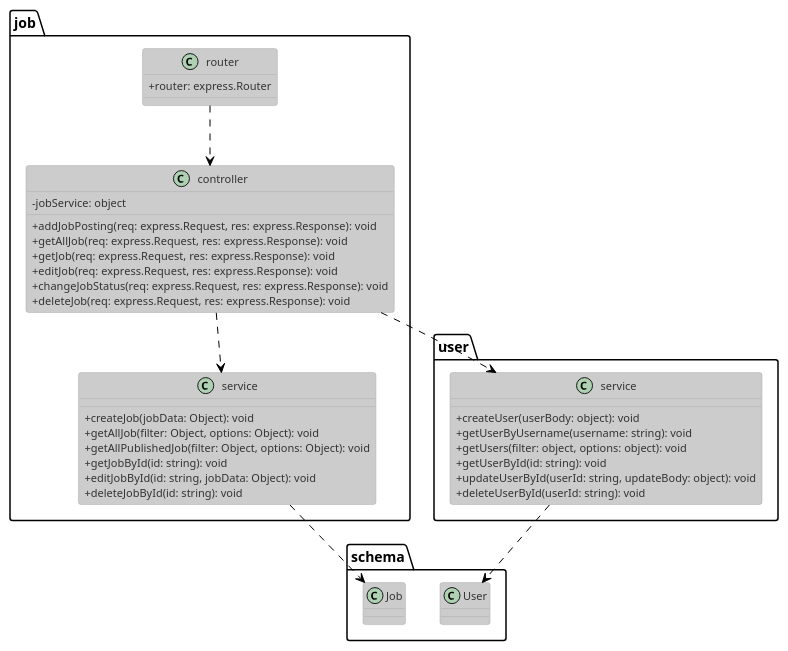
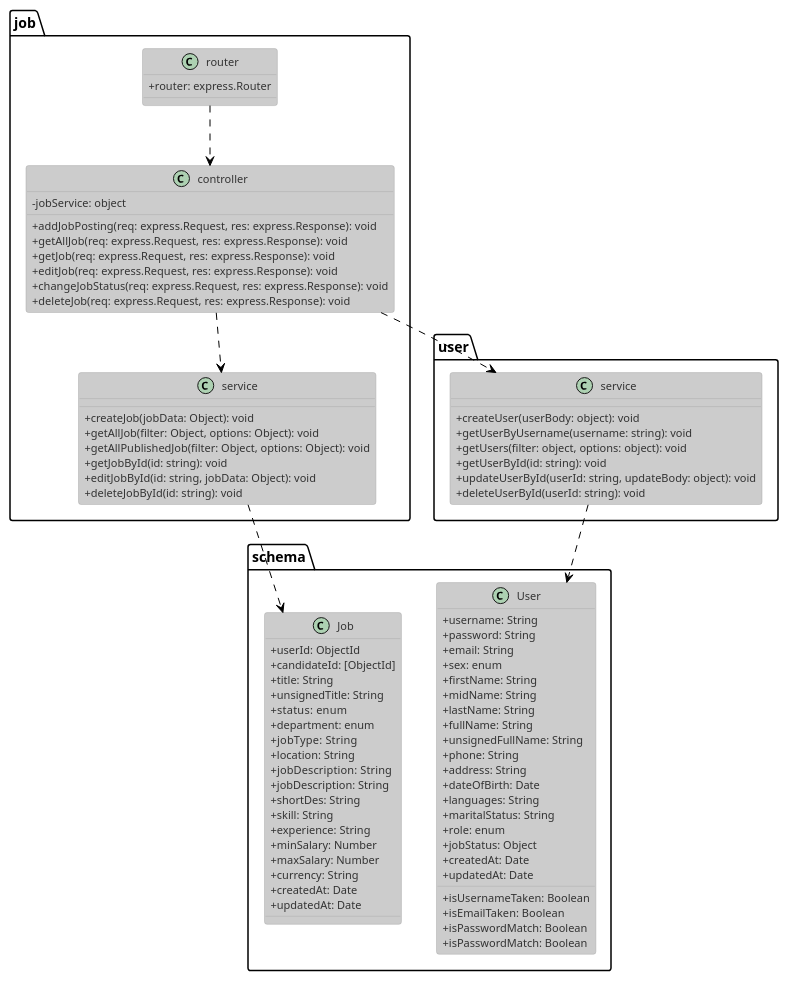
One commit to tuannm99/RMS changed the diagram in plantuml/class/job.puml. Above: the diagram before and after it, drawn with PlantUML. The commit also changed 8 other files, not shown here.

```diff
--- a/plantuml/class/job.puml
+++ b/plantuml/class/job.puml
@@ -1,52 +1,91 @@
 @startuml authClass
 !theme reddress-lightblue
 
 skinparam classAttributeIconSize 0
 class job.controller{
     - {field} jobService: object
 
     + {method} addJobPosting(req: express.Request, res: express.Response): void
     + {method} getAllJob(req: express.Request, res: express.Response): void
     + {method} getJob(req: express.Request, res: express.Response): void
     + {method} editJob(req: express.Request, res: express.Response): void
     + {method} changeJobStatus(req: express.Request, res: express.Response): void
     + {method} deleteJob(req: express.Request, res: express.Response): void
 }
 
 class job.service{
     + {method} createJob(jobData: Object): void
     + {method} getAllJob(filter: Object, options: Object): void
     + {method} getAllPublishedJob(filter: Object, options: Object): void
     + {method} getJobById(id: string): void
     + {method} editJobById(id: string, jobData: Object): void
     + {method} deleteJobById(id: string): void
 }
 
 class job.router{
     + {field} router: express.Router
 }
 
 class user.service{
   + {method} createUser(userBody: object): void
   + {method} getUserByUsername(username: string): void
   + {method} getUsers(filter: object, options: object): void
   + {method} getUserById(id: string): void
   + {method} updateUserById(userId: string, updateBody: object): void
   + {method} deleteUserById(userId: string): void
 }
 
 
 class schema.Job {
-
+    + {field} userId: ObjectId
+    + {field} candidateId: [ObjectId]
+    + {field} title: String
+    + {field} unsignedTitle: String
+    + {field} status:  enum 
+    + {field} department: enum
+    + {field} jobType:  String 
+    + {field} location: String 
+    + {field} jobDescription:  String
+    + {field} jobDescription: String
+    + {field} shortDes: String
+    + {field} skill: String
+    + {field} experience: String
+    + {field} minSalary: Number
+    + {field} maxSalary: Number
+    + {field} currency: String
+    + {field} createdAt: Date
+    + {field} updatedAt: Date
 }
 
 class schema.User {
+  + {field} username: String
+  + {field} password: String
+  + {field} email: String 
+  + {field} sex: enum
+  + {field} firstName: String 
+  + {field} midName: String
+  + {field} lastName: String 
+  + {field} fullName: String 
+  + {field} unsignedFullName: String
+  + {field} phone: String
+  + {field} address: String
+  + {field} dateOfBirth: Date
+  + {field} languages: String
+  + {field} maritalStatus: String
+  + {field} role: enum
+  + {field} jobStatus: Object
+  + {field} createdAt: Date
+  + {field} updatedAt: Date
 
+  + {method} isUsernameTaken: Boolean
+  + {method} isEmailTaken: Boolean
+  + {method} isPasswordMatch: Boolean
+  + {method} isPasswordMatch: Boolean
 }
 
 job.router ..> job.controller
 job.controller ..> job.service
 job.controller ..> user.service
 job.service ..> schema.Job
 user.service ..> schema.User
 @enduml
```
